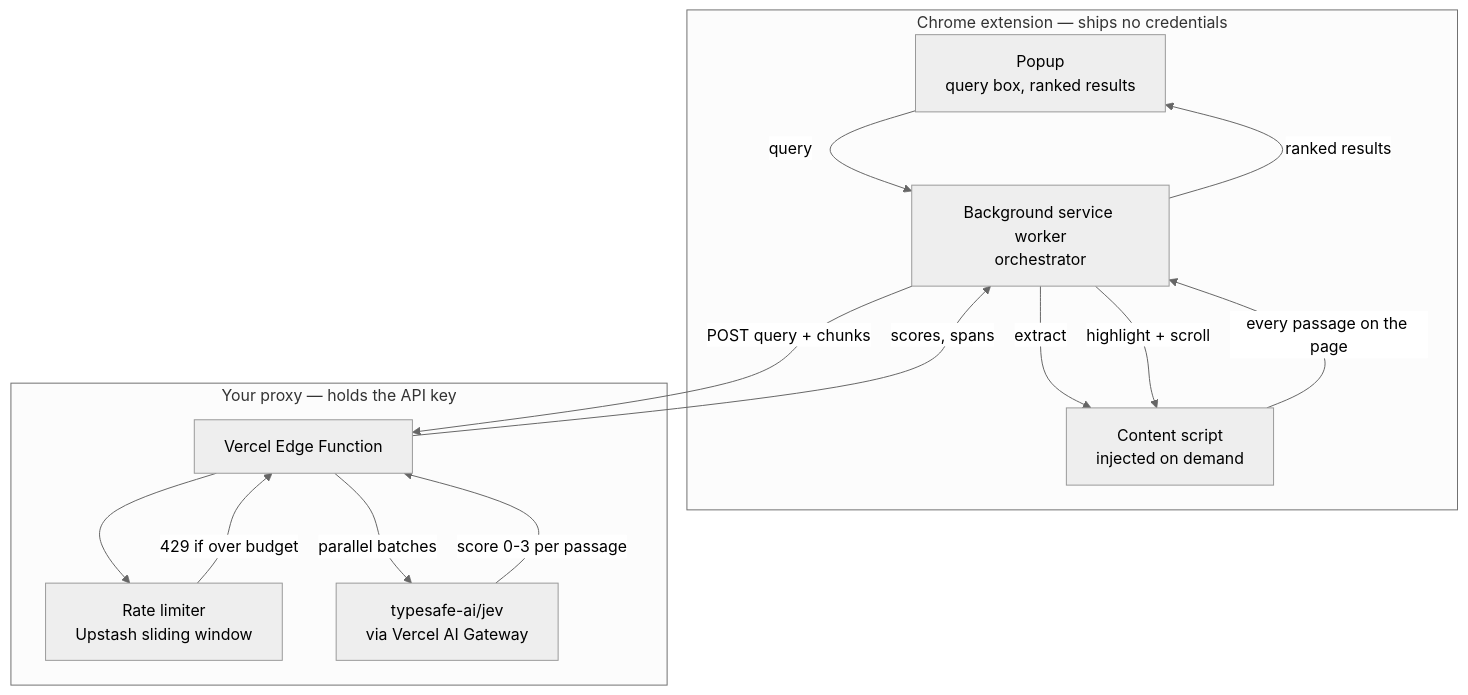
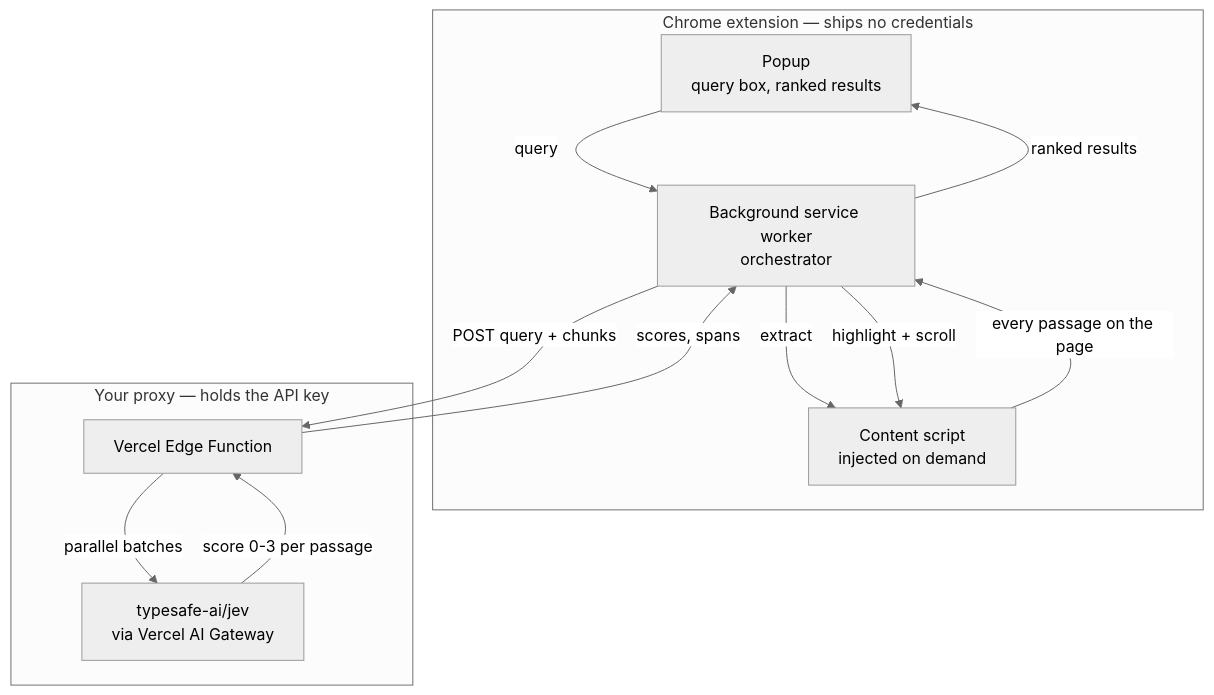
Before and after one commit to smit153/PageLens: the diagram in README.md, drawn with Mermaid (neutral theme). The commit also changed other lines of this file and 4 other files, not shown here.

````diff
--- a/README.md
+++ b/README.md
@@ -100,24 +99,21 @@
 ```mermaid
 flowchart TD
     subgraph EXT["Chrome extension — ships no credentials"]
         P["Popup<br/>query box, ranked results"]
         B["Background service worker<br/>orchestrator"]
         C["Content script<br/>injected on demand"]
     end
     subgraph SRV["Your proxy — holds the API key"]
         X["Vercel Edge Function"]
-        L["Rate limiter<br/>Upstash sliding window"]
         J["typesafe-ai/jev<br/>via Vercel AI Gateway"]
     end
     P -->|"query"| B
     B -->|"extract"| C
     C -->|"every passage on the page"| B
     B -->|"POST query + chunks"| X
-    X --> L
-    L -->|"429 if over budget"| X
     X -->|"parallel batches"| J
     J -->|"score 0-3 per passage"| X
     X -->|"scores, spans"| B
     B -->|"ranked results"| P
     B -->|"highlight + scroll"| C
 ```
````
